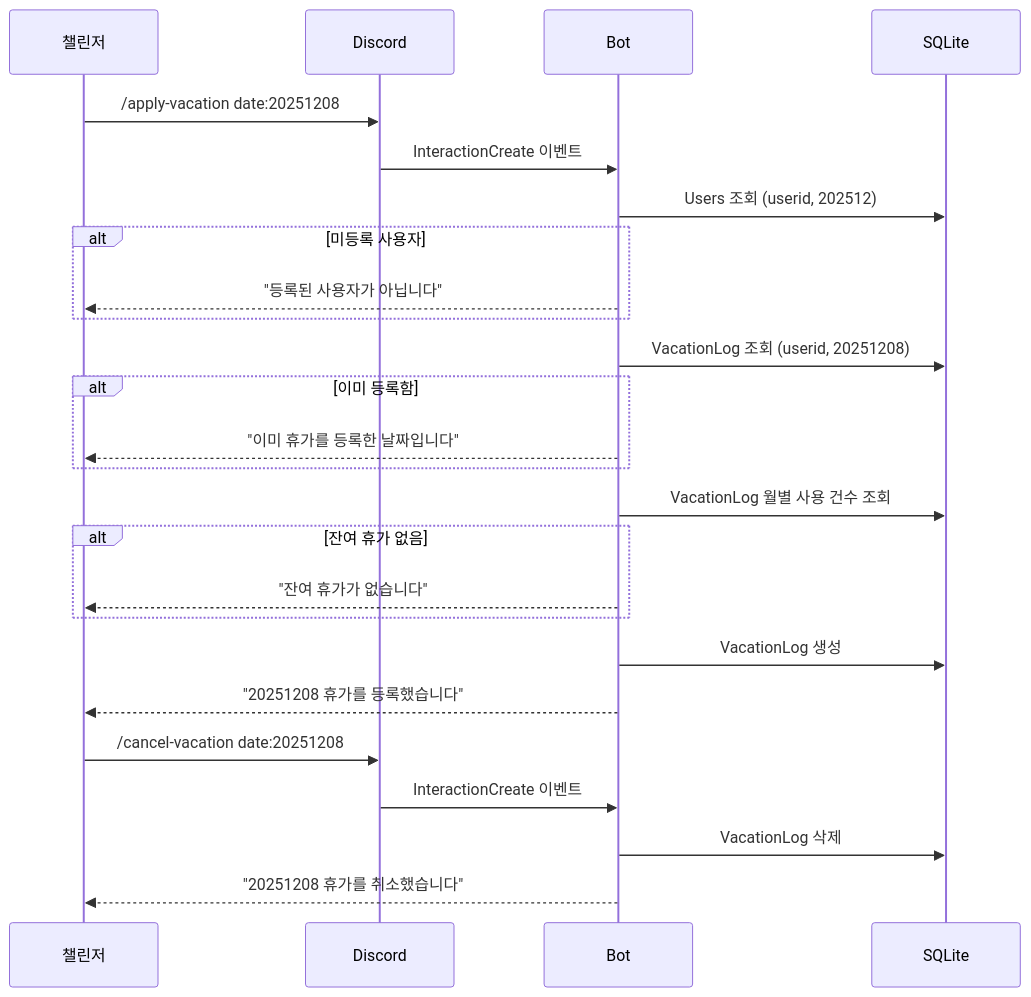
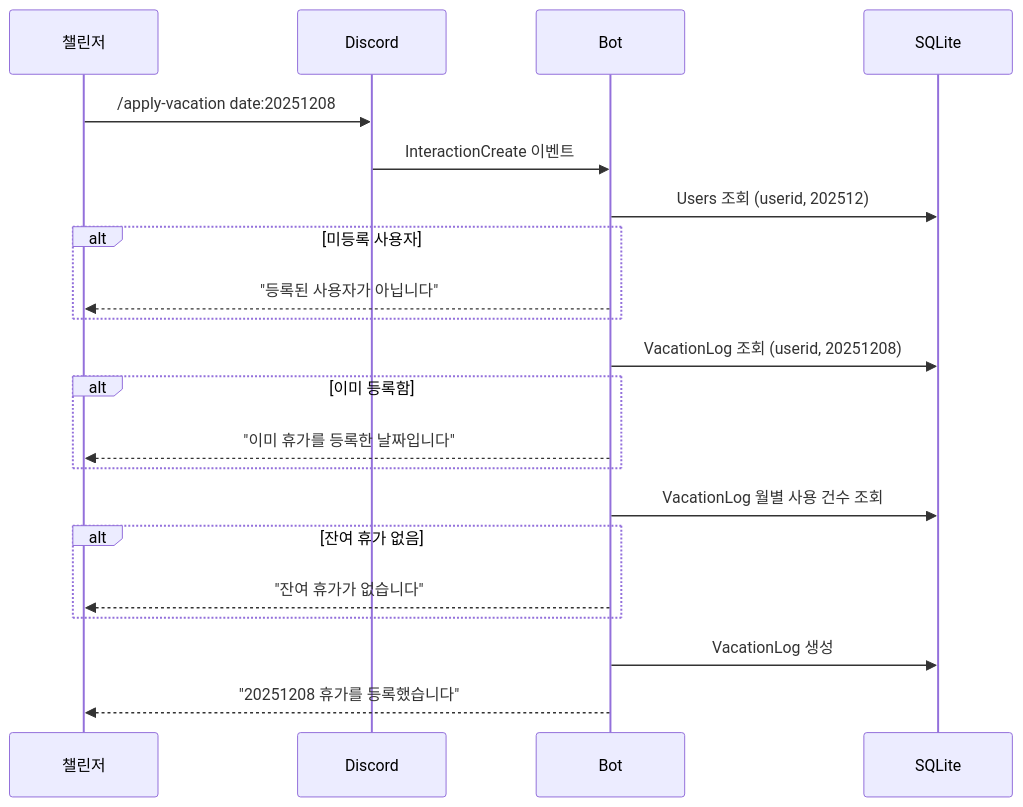
One commit to honki12345/haruharu-discord-bot changed diagram 13 of 13 in docs/USER_STORIES.md. Above: the diagram before and after it, drawn with Mermaid. The commit also changed other lines of this file and 10 other files, not shown here.

````diff
--- a/docs/USER_STORIES.md
+++ b/docs/USER_STORIES.md
@@ -628,33 +629,28 @@
 ```mermaid
 sequenceDiagram
     participant U as 챌린저
     participant D as Discord
     participant B as Bot
     participant DB as SQLite
 
     U->>D: /apply-vacation date:20251208
     D->>B: InteractionCreate 이벤트
 
     B->>DB: Users 조회 (userid, 202512)
     alt 미등록 사용자
         B-->>U: "등록된 사용자가 아닙니다"
     end
 
     B->>DB: VacationLog 조회 (userid, 20251208)
     alt 이미 등록함
         B-->>U: "이미 휴가를 등록한 날짜입니다"
     end
 
     B->>DB: VacationLog 월별 사용 건수 조회
     alt 잔여 휴가 없음
         B-->>U: "잔여 휴가가 없습니다"
     end
 
     B->>DB: VacationLog 생성
     B-->>U: "20251208 휴가를 등록했습니다"
-
-    U->>D: /cancel-vacation date:20251208
-    D->>B: InteractionCreate 이벤트
-    B->>DB: VacationLog 삭제
-    B-->>U: "20251208 휴가를 취소했습니다"
 ```
````
